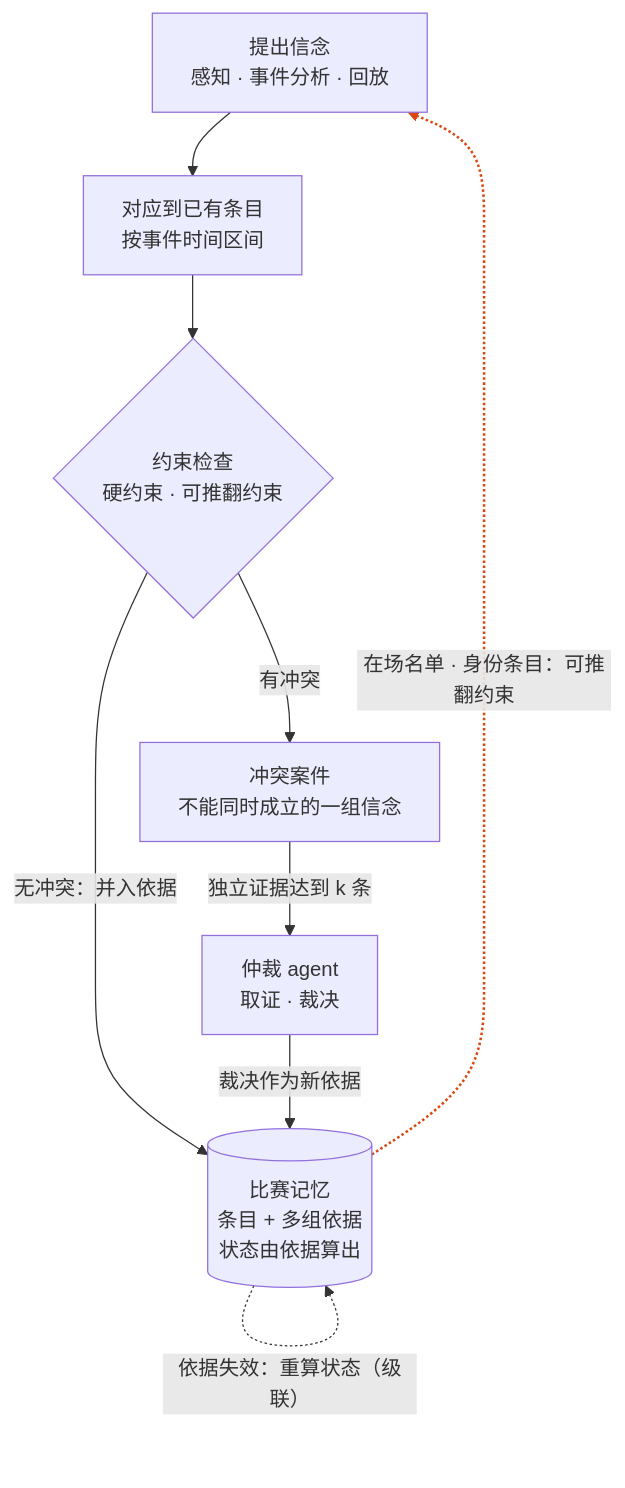
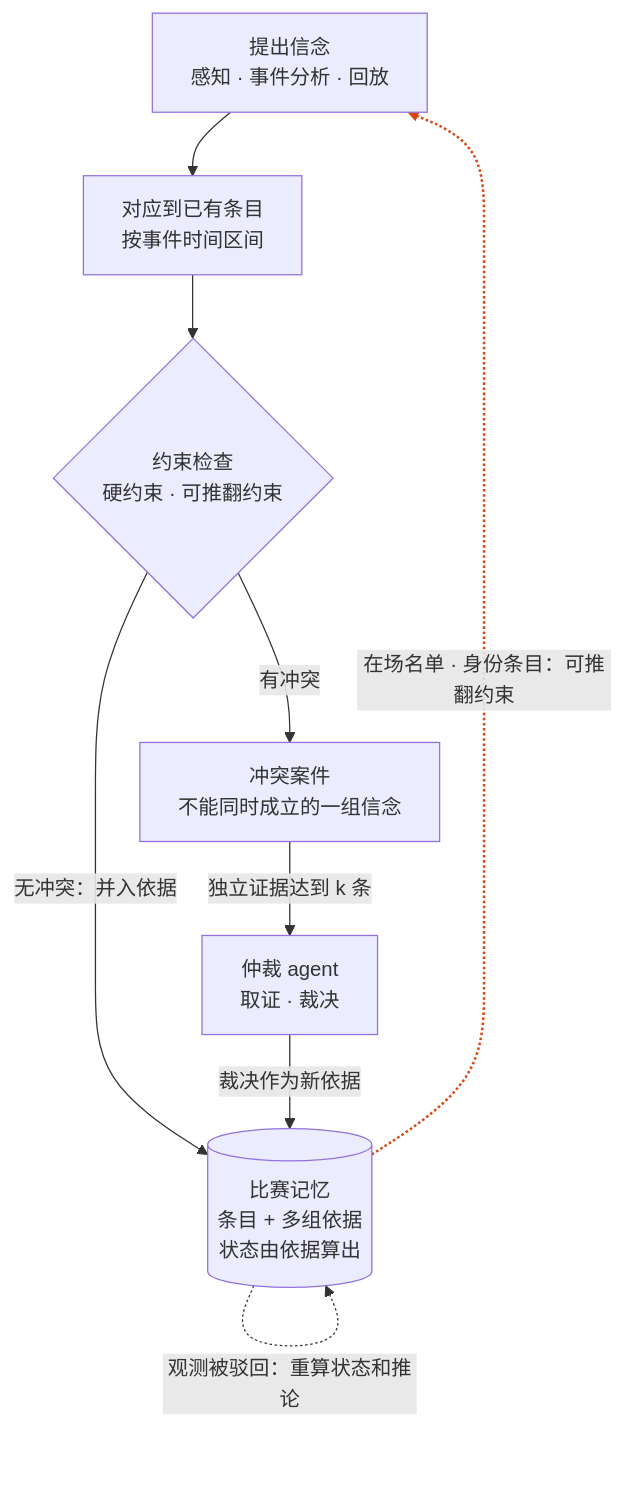
One commit to Becomebright/MatchLive-dev changed the second of 2 diagrams in docs/DESIGN.md. Above: the diagram before and after it, drawn with Mermaid. The commit also changed other lines of this file, not shown here.

````diff
--- a/docs/DESIGN.md
+++ b/docs/DESIGN.md
@@ -118,19 +118,19 @@
 ```mermaid
 flowchart TB
     PR["提出信念<br/>感知 · 事件分析 · 回放"]
     MT["对应到已有条目<br/>按事件时间区间"]
     CK{"约束检查<br/>硬约束 · 可推翻约束"}
     MEM[("比赛记忆<br/>条目 + 多组依据<br/>状态由依据算出")]
     CASE["冲突案件<br/>不能同时成立的一组信念"]
     ARB["仲裁 agent<br/>取证 · 裁决"]
 
     PR --> MT --> CK
     CK -->|"无冲突：并入依据"| MEM
     CK -->|"有冲突"| CASE
     CASE -->|"独立证据达到 k 条"| ARB
     ARB -->|"裁决作为新依据"| MEM
-    MEM -.->|"依据失效：重算状态（级联）"| MEM
+    MEM -.->|"观测被驳回：重算状态和推论"| MEM
     MEM -.->|"在场名单 · 身份条目：可推翻约束"| PR
 
     linkStyle 7 stroke:#d9480f,stroke-width:2px
 ```
````
